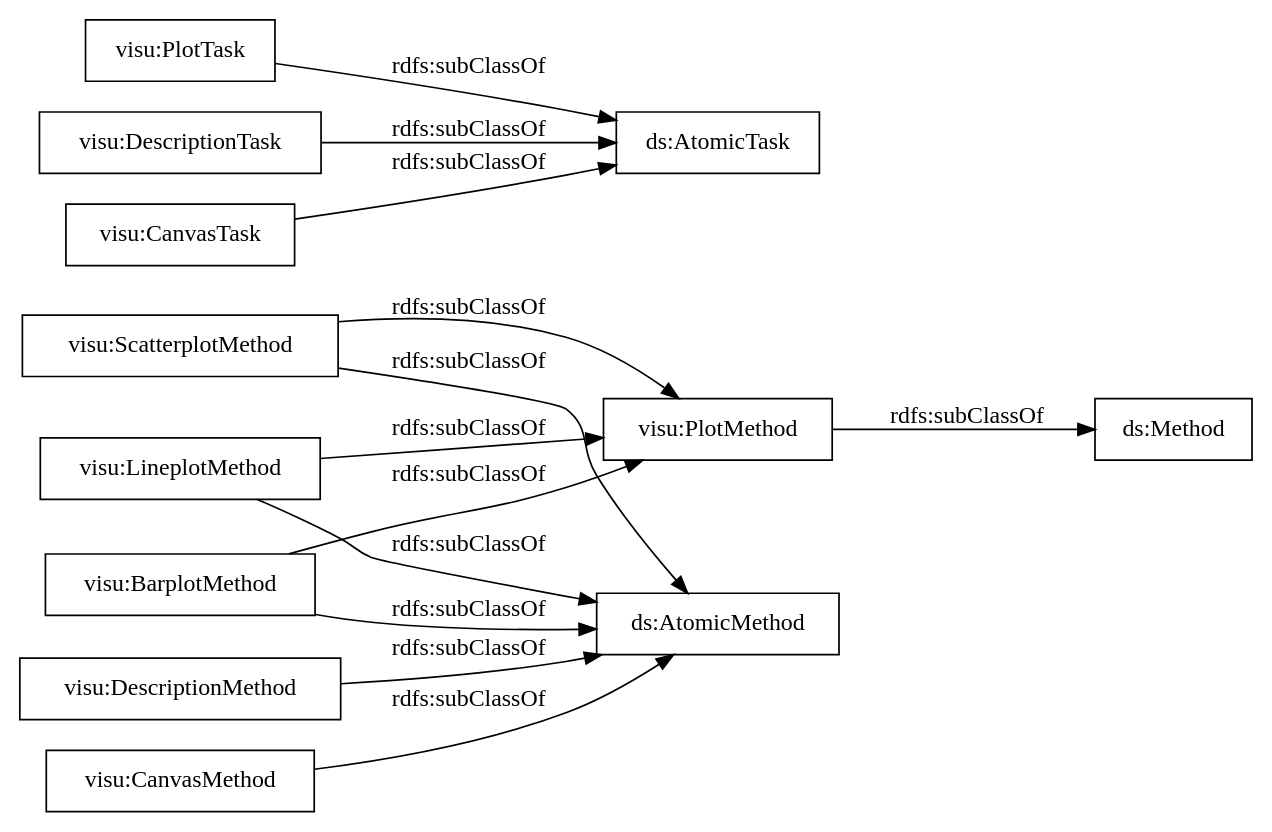
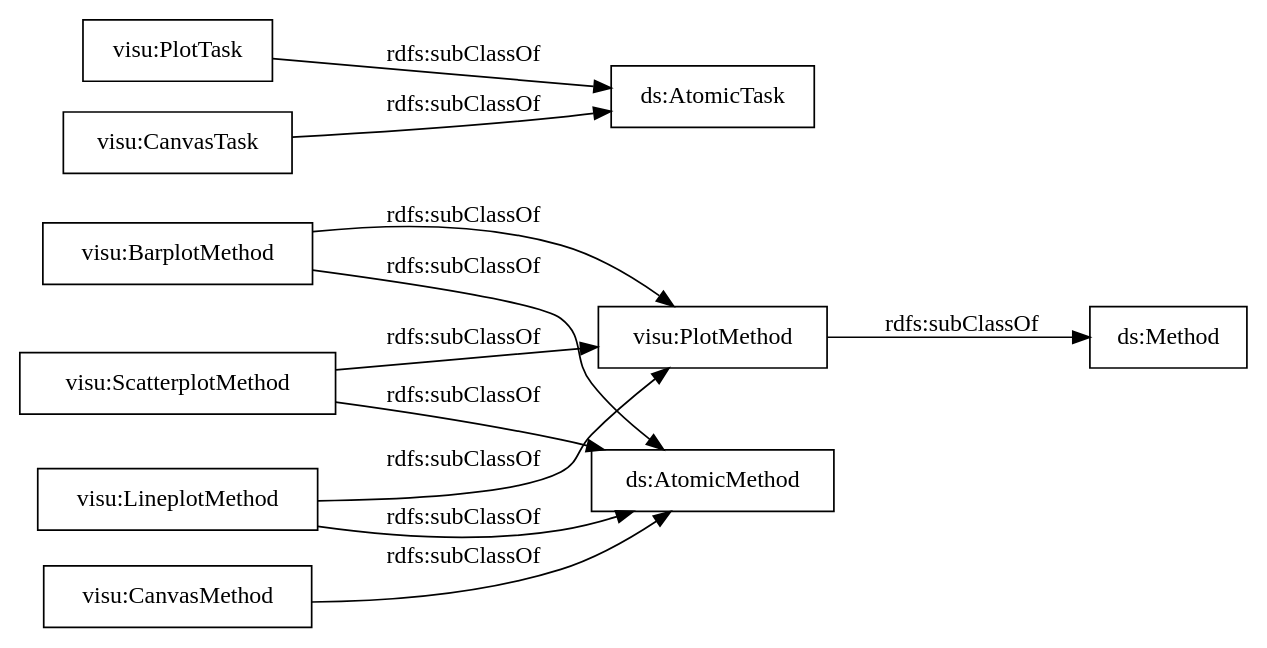
The diagram in OnToology/visu_exeKGOntology.ttl/diagrams/ar2dtool-taxonomy/visu_exeKGOntology.ttl.png.dot (nsai-uio/ExeKGOntology), drawn with Graphviz before and after one commit. The commit also changed 12 other files, not shown here.

```diff
--- a/OnToology/visu_exeKGOntology.ttl/diagrams/ar2dtool-taxonomy/visu_exeKGOntology.ttl.png.dot
+++ b/OnToology/visu_exeKGOntology.ttl/diagrams/ar2dtool-taxonomy/visu_exeKGOntology.ttl.png.dot
@@ -1,18 +1,16 @@
 digraph ar2dtool_diagram { 
 rankdir=LR;
 size="1000"
-node [shape = rectangle, color="black"]; "visu:ScatterplotMethod" "visu:PlotTask" "visu:PlotMethod" "visu:LineplotMethod" "visu:DescriptionTask" "visu:DescriptionMethod" "visu:CanvasTask" "visu:CanvasMethod" "visu:BarplotMethod" ; /*classes style*/
+node [shape = rectangle, color="black"]; "visu:BarplotMethod" "visu:ScatterplotMethod" "visu:LineplotMethod" "visu:PlotTask" "visu:PlotMethod" "visu:CanvasTask" "visu:CanvasMethod" ; /*classes style*/
 	"visu:LineplotMethod" -> "visu:PlotMethod" [ label = "rdfs:subClassOf" ];
 	"visu:LineplotMethod" -> "ds:AtomicMethod" [ label = "rdfs:subClassOf" ];
 	"visu:BarplotMethod" -> "visu:PlotMethod" [ label = "rdfs:subClassOf" ];
 	"visu:BarplotMethod" -> "ds:AtomicMethod" [ label = "rdfs:subClassOf" ];
 	"visu:CanvasMethod" -> "ds:AtomicMethod" [ label = "rdfs:subClassOf" ];
 	"visu:PlotMethod" -> "ds:Method" [ label = "rdfs:subClassOf" ];
-	"visu:DescriptionMethod" -> "ds:AtomicMethod" [ label = "rdfs:subClassOf" ];
 	"visu:PlotTask" -> "ds:AtomicTask" [ label = "rdfs:subClassOf" ];
 	"visu:ScatterplotMethod" -> "visu:PlotMethod" [ label = "rdfs:subClassOf" ];
 	"visu:ScatterplotMethod" -> "ds:AtomicMethod" [ label = "rdfs:subClassOf" ];
-	"visu:DescriptionTask" -> "ds:AtomicTask" [ label = "rdfs:subClassOf" ];
 	"visu:CanvasTask" -> "ds:AtomicTask" [ label = "rdfs:subClassOf" ];
 
 }
```
